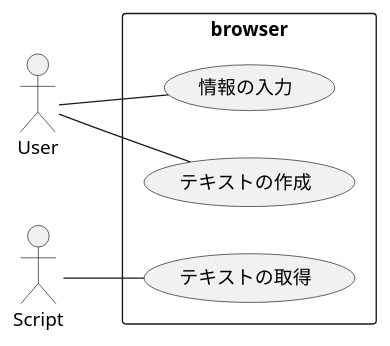
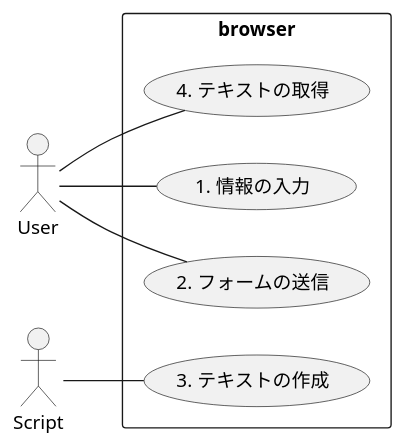
The diagram in docs/use-case/use-case.pu (dede-20191130/send-contact-form), drawn with PlantUML before and after one commit.

Commit message:
number use-cases

```diff
--- a/docs/use-case/use-case.pu
+++ b/docs/use-case/use-case.pu
@@ -1,17 +1,18 @@
 @startuml use-case
 left to right direction
 
 :User: as user
 :Script: as scp
 
 rectangle browser { 
-    user -- (情報の入力)
-    user --(テキストの作成) 
-    scp -- (テキストの取得) 
+    user -- (1. 情報の入力)
+    user -- (2. フォームの送信)
+    scp --(3. テキストの作成) 
+    user -- (4. テキストの取得) 
 }
 
 ' user -- info
 ' user -- get
 ' scp -- crt
 
 @enduml
```
